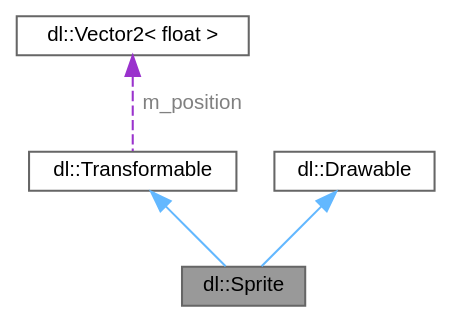
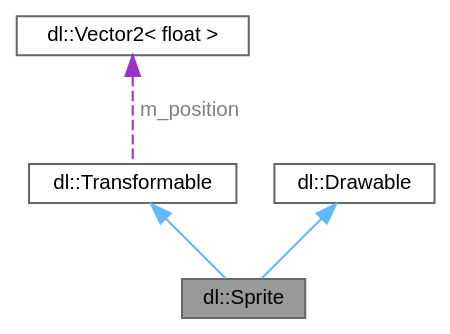
Before and after one commit to Dogbonee/Dualie: the diagram in docs/classdl_1_1Sprite__coll__graph.dot, drawn with Graphviz. The commit also changed 171 other files, not shown here.

```diff
--- a/docs/classdl_1_1Sprite__coll__graph.dot
+++ b/docs/classdl_1_1Sprite__coll__graph.dot
@@ -1,14 +1,15 @@
 digraph "dl::Sprite"
 {
  // LATEX_PDF_SIZE
   bgcolor="transparent";
   edge [fontname=Helvetica,fontsize=10,labelfontname=Helvetica,labelfontsize=10];
   node [fontname=Helvetica,fontsize=10,shape=box,height=0.2,width=0.4];
   Node1 [id="Node000001",label="dl::Sprite",height=0.2,width=0.4,color="gray40", fillcolor="grey60", style="filled", fontcolor="black",tooltip="A class used to handle the drawing and transformation of sprites."];
   Node2 -> Node1 [id="edge1_Node000001_Node000002",dir="back",color="steelblue1",style="solid",tooltip=" "];
   Node2 [id="Node000002",label="dl::Transformable",height=0.2,width=0.4,color="gray40", fillcolor="white", style="filled",URL="$classdl_1_1Transformable.html",tooltip="A base class for anything that has a position on the screen."];
-  Node3 -> Node2 [id="edge2_Node000002_Node000003",dir="back",color="darkorchid3",style="dashed",tooltip=" ",label=" m_position",fontcolor="grey" ];
+  Node3 -> Node2 [id="edge2_Node000002_Node000003",dir="back",color="darkorchid3",style="dashed",tooltip=" ",label=<<TABLE CELLBORDER="0" BORDER="0"><TR><TD VALIGN="top" ALIGN="LEFT" CELLPADDING="1" CELLSPACING="0">m_position</TD></TR>
+</TABLE>> ,fontcolor="grey" ];
   Node3 [id="Node000003",label="dl::Vector2\< float \>",height=0.2,width=0.4,color="gray40", fillcolor="white", style="filled",URL="$classdl_1_1Vector2.html",tooltip=" "];
   Node4 -> Node1 [id="edge3_Node000001_Node000004",dir="back",color="steelblue1",style="solid",tooltip=" "];
   Node4 [id="Node000004",label="dl::Drawable",height=0.2,width=0.4,color="gray40", fillcolor="white", style="filled",URL="$classdl_1_1Drawable.html",tooltip="The base class for any object that can be drawn to the screen."];
 }
```
